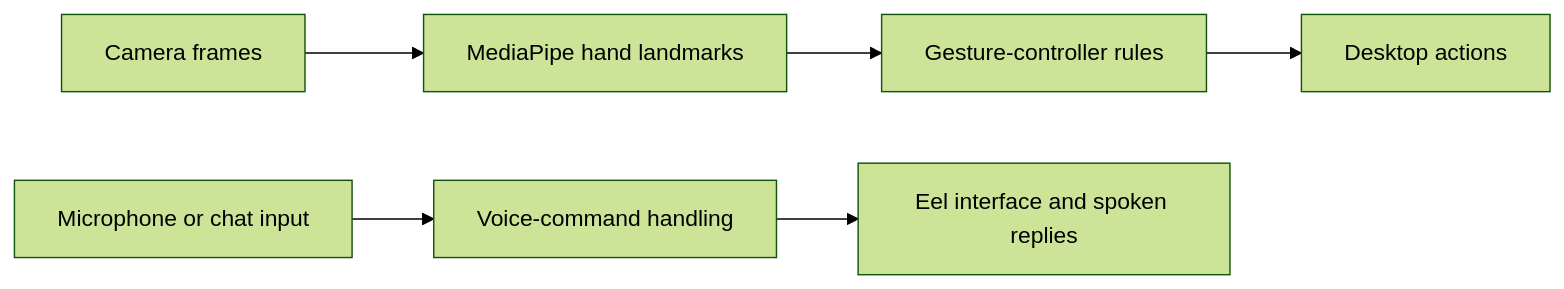
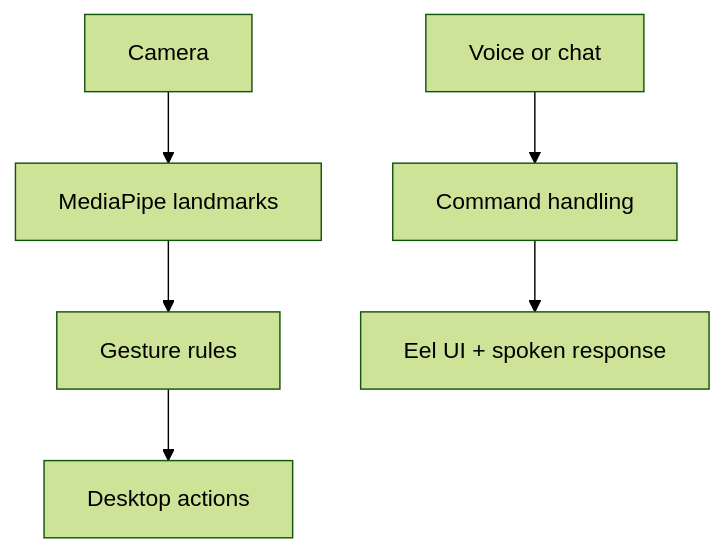
The diagram in README.md (aneeshreddy2304/Airclick), drawn with Mermaid (forest theme) before and after one commit. The commit also changed other lines of this file and 6 other files, not shown here.

````diff
--- a/README.md
+++ b/README.md
@@ -21,8 +24,8 @@
 ```mermaid
-flowchart LR
-    C[Camera frames] --> H[MediaPipe hand landmarks]
-    H --> G[Gesture-controller rules]
-    G --> D[Desktop actions]
-    V[Microphone or chat input] --> R[Voice-command handling]
-    R --> E[Eel interface and spoken replies]
+flowchart TB
+  A[Camera] --> B[MediaPipe landmarks]
+  B --> C[Gesture rules]
+  C --> D[Desktop actions]
+  E[Voice or chat] --> F[Command handling]
+  F --> G[Eel UI + spoken response]
 ```
````
